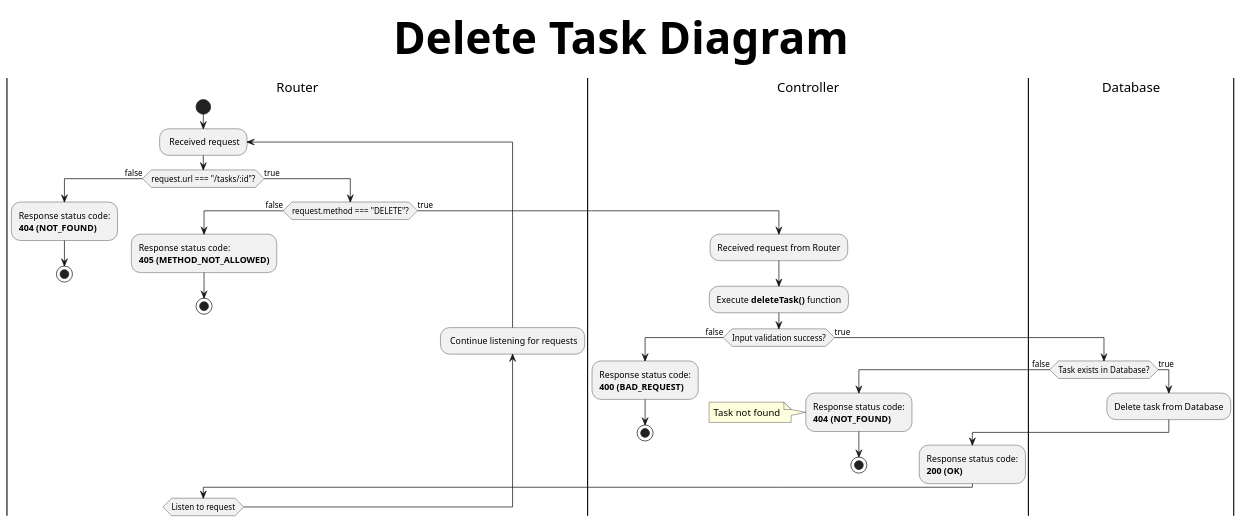
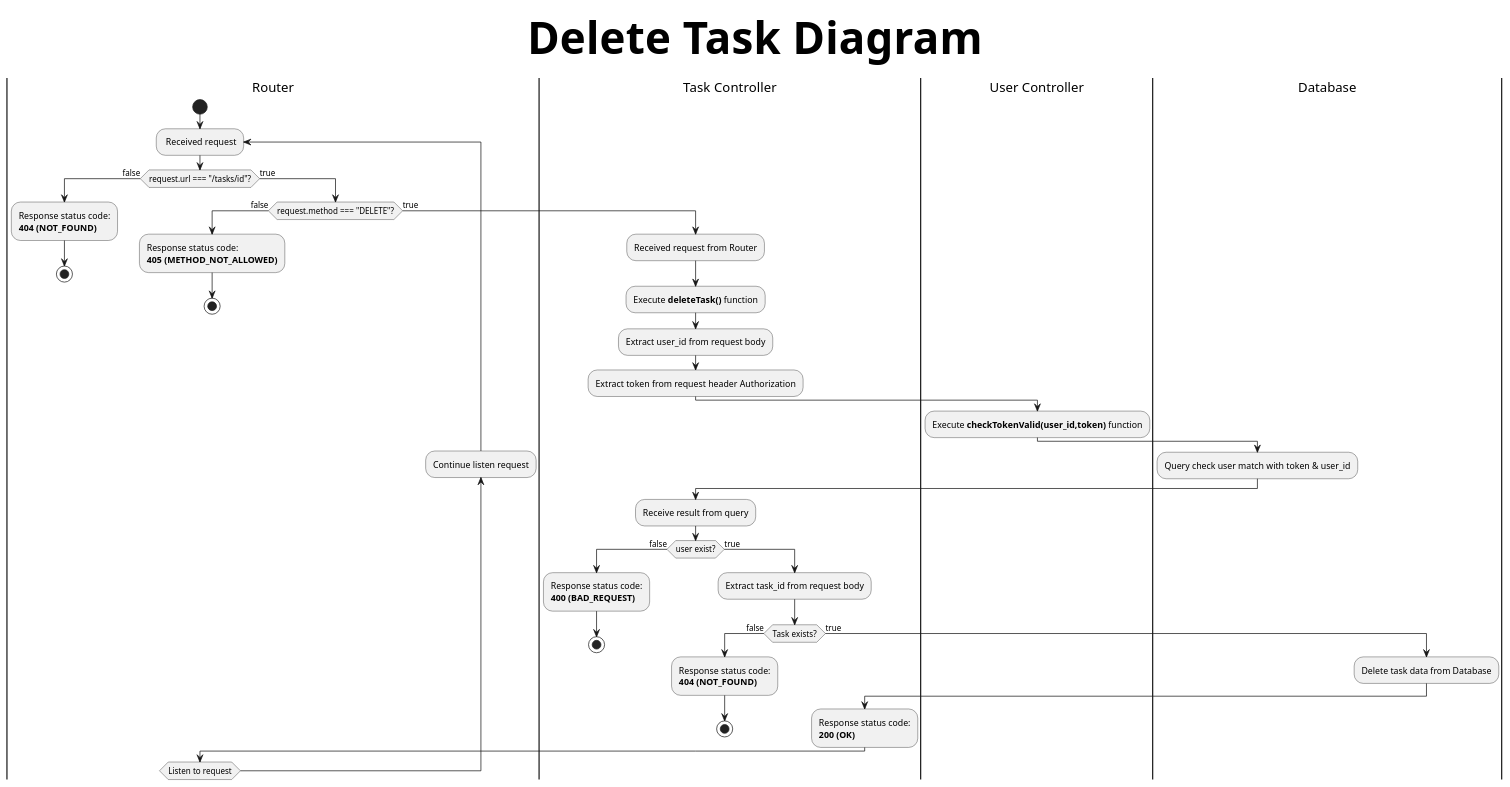
One commit to DoanLe2k1/TodoApp-API changed the diagram in diagrams/taskDiagrams/deleteTaskDiagram.pu. Above: the diagram before and after it, drawn with PlantUML.

Commit message:
Update deleteTaskDiagram

```diff
--- a/diagrams/taskDiagrams/deleteTaskDiagram.pu
+++ b/diagrams/taskDiagrams/deleteTaskDiagram.pu
@@ -1,49 +1,54 @@
-@startuml
 title Delete Task Diagram
 skinparam titleFontSize 60
 |Router|
 start
 repeat: Received request
-
-if (request.url === "/tasks/:id"?) then (false)
+if (request.url === "/tasks/id"?) then (false)
     :Response status code:
     **404 (NOT_FOUND)**;
     stop
+
 else (true)
     if (request.method === "DELETE"?) then (false)
         :Response status code:
         **405 (METHOD_NOT_ALLOWED)**;
         stop
+
     else (true)
-        |Controller|
+        |Task Controller|
         :Received request from Router;
         :Execute **deleteTask()** function;
-
-        if (Input validation success?) then (false)
+        :Extract user_id from request body;
+        :Extract token from request header Authorization;
+        |User Controller|
+        :Execute **checkTokenValid(user_id,token)** function;
+        |Database|
+        :Query check user match with token & user_id;
+        |Task Controller|
+        :Receive result from query;
+        if (user exist?) then (false)
             :Response status code:
             **400 (BAD_REQUEST)**;
             'Validation failed
             stop
         else (true)
-            |Database|
-            if (Task exists in Database?) then (false)
-                |Controller|
+            :Extract task_id from request body;
+            if (Task exists?) then (false)
                 :Response status code:
                 **404 (NOT_FOUND)**;
-                note left: Task not found
+                'Task not found
                 stop
             else (true)
                 |Database|
-                :Delete task from Database;
-                |Controller|
+                :Delete task data from Database;
+                |Task Controller|
                 :Response status code:
                 **200 (OK)**;
             endif
         endif
     endif
 endif
-
 |Router|
-backward: Continue listening for requests;
+backward:Continue listen request;
 repeat while (Listen to request)
 @enduml
```
